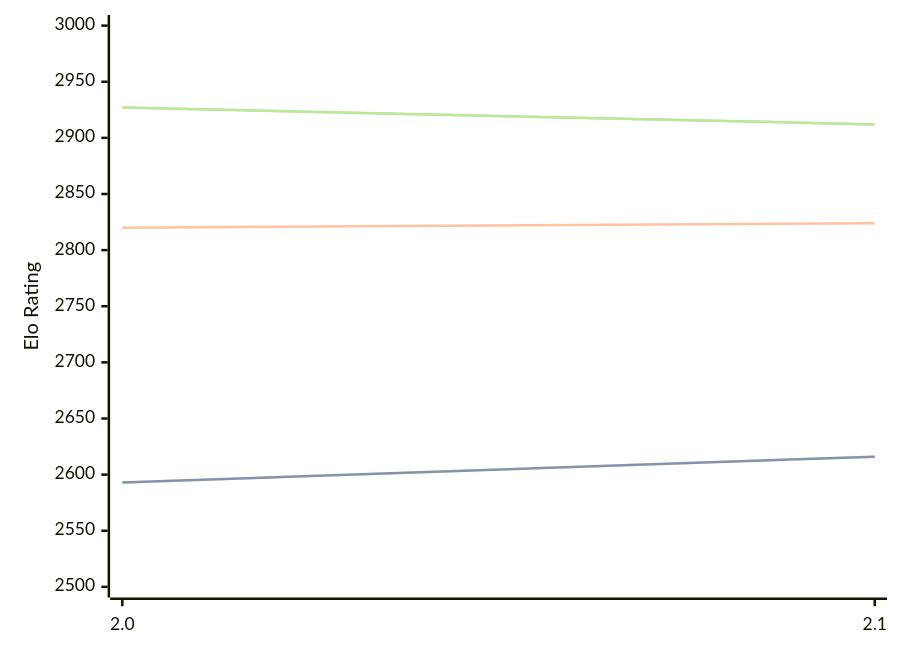
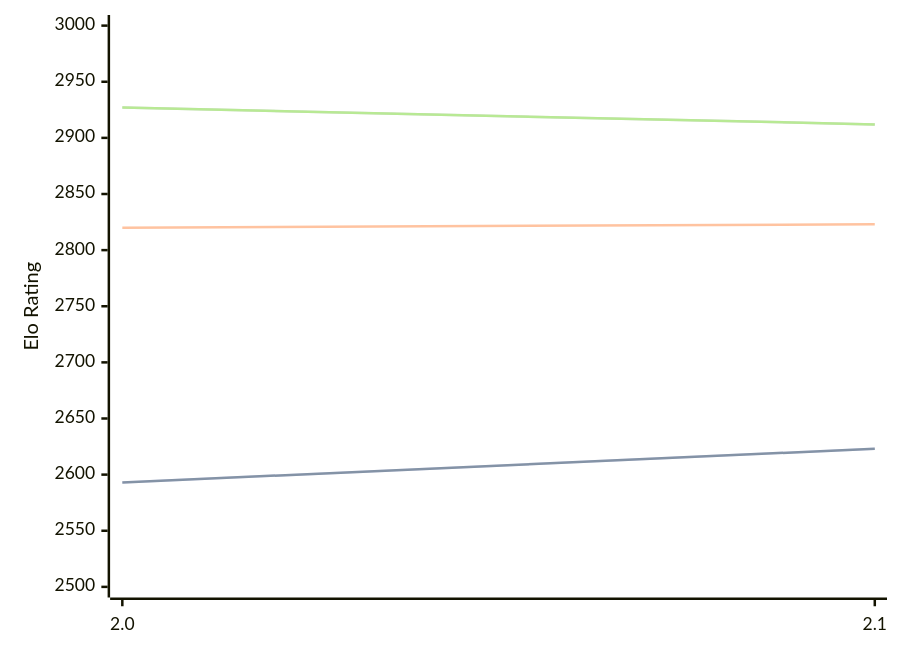
Before and after one commit to computer-chess-index/cci: the third of 3 diagrams in engines/Noggin.md, drawn with Mermaid. The commit also changed other lines of this file, not shown here.

````diff
--- a/engines/Noggin.md
+++ b/engines/Noggin.md
@@ -66,11 +66,11 @@
 ```mermaid
 %%{init: {"theme":"base","themeVariables":{"seriesColors:['#a3a3a3','#222221','#faa371']}}}%%
 xychart-beta
   x-axis ["2.0", "2.1"]
   y-axis "Elo Rating" 2500 --> 3000
-  line "STC (8.0+0.08s)" [2593, 2616]
-  line "STC (8.0+0.08s)" [2593, 2616]
-  line "LTC (60.0+0.60s)" [2820, 2824]
+  line "STC (8.0+0.08s)" [2593, 2623]
+  line "STC (8.0+0.08s)" [2593, 2623]
+  line "LTC (60.0+0.60s)" [2820, 2823]
   line "VLTC (2m24s+1.12s)" [2927, 2912]
   line "VLTC (2m24s+1.12s)" [2927, 2912]
 ```
````
